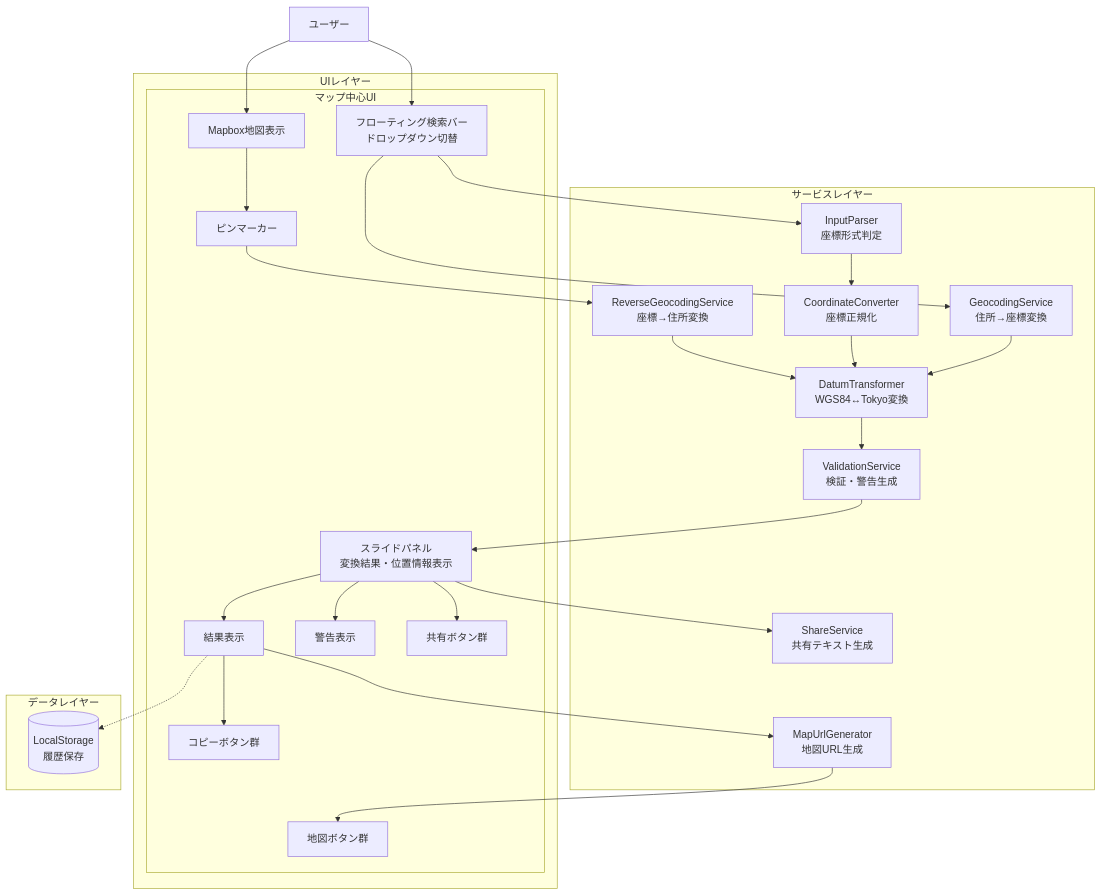
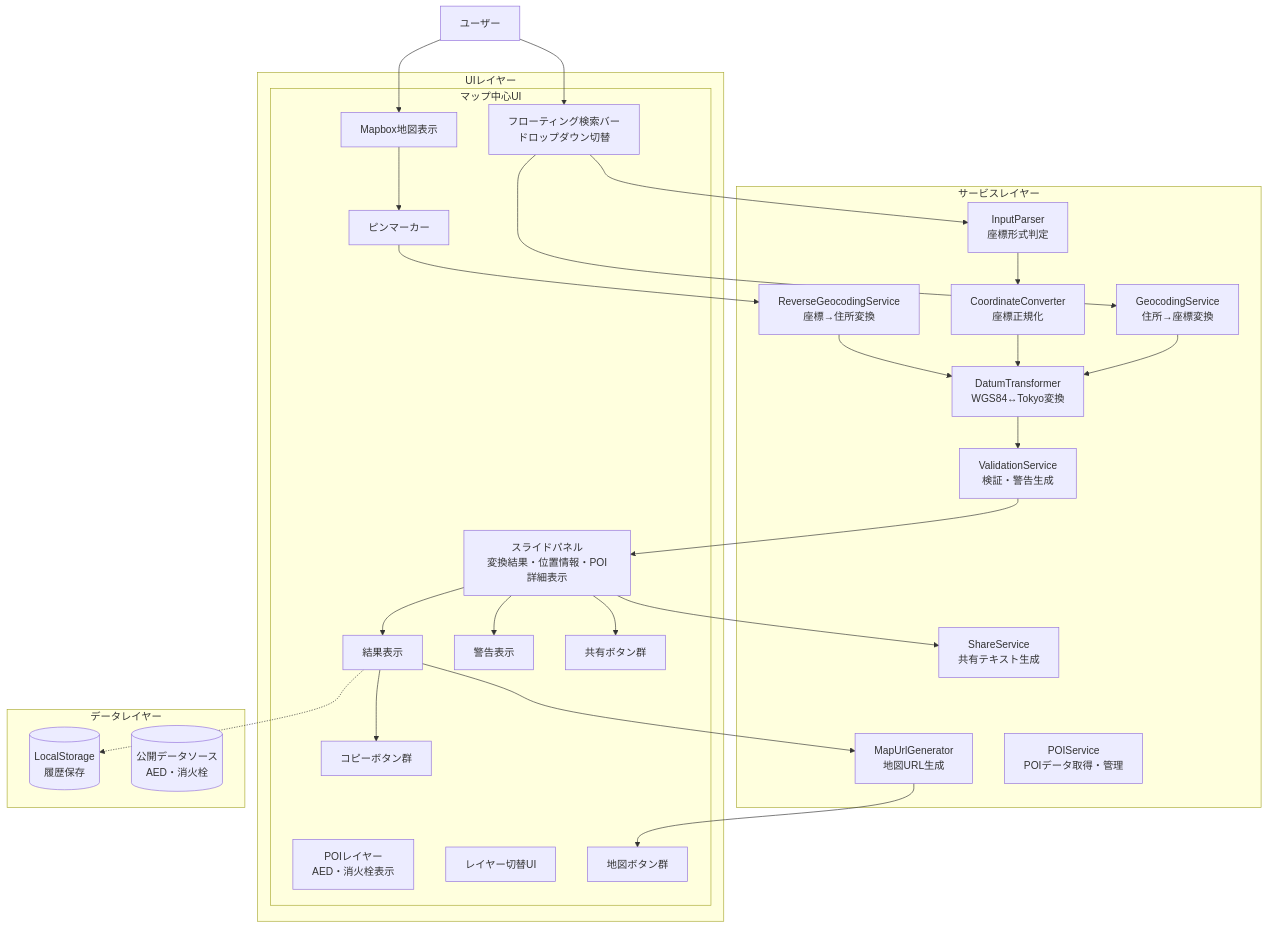
Before and after one commit to oyaakihisa/ichi-link: the second of 10 diagrams in docs/functional-design.md, drawn with Mermaid. The commit also changed other lines of this file and 8 other files, not shown here.

First line of the commit message:
Add AED/fire hydrant layer requirements to PRD and docs

````diff
--- a/docs/functional-design.md
+++ b/docs/functional-design.md
@@ -31,54 +35,58 @@
 ```mermaid
 graph TB
     User[ユーザー]
 
     subgraph UILayer[UIレイヤー]
         subgraph MapCentricUI[マップ中心UI]
             SearchBar[フローティング検索バー<br/>ドロップダウン切替]
             MapView[Mapbox地図表示]
             PinMarker[ピンマーカー]
-            SlidePanel[スライドパネル<br/>変換結果・位置情報表示]
+            POILayer[POIレイヤー<br/>AED・消火栓表示]
+            LayerToggle[レイヤー切替UI]
+            SlidePanel[スライドパネル<br/>変換結果・位置情報・POI詳細表示]
             ResultDisplay[結果表示]
             WarningDisplay[警告表示]
             MapButtons[地図ボタン群]
             CopyButtons[コピーボタン群]
             ShareButtons[共有ボタン群]
         end
     end
 
     subgraph ServiceLayer[サービスレイヤー]
         InputParser[InputParser<br/>座標形式判定]
         GeocodingService[GeocodingService<br/>住所→座標変換]
         ReverseGeocodingService[ReverseGeocodingService<br/>座標→住所変換]
         CoordinateConverter[CoordinateConverter<br/>座標正規化]
         DatumTransformer[DatumTransformer<br/>WGS84↔Tokyo変換]
         ValidationService[ValidationService<br/>検証・警告生成]
         MapUrlGenerator[MapUrlGenerator<br/>地図URL生成]
         ShareService[ShareService<br/>共有テキスト生成]
+        POIService[POIService<br/>POIデータ取得・管理]
     end
 
     subgraph DataLayer[データレイヤー]
         LocalStorage[(LocalStorage<br/>履歴保存)]
+        POIDataSource[(公開データソース<br/>AED・消火栓)]
     end
 
     User --> SearchBar
     User --> MapView
     SearchBar --> GeocodingService
     SearchBar --> InputParser
     GeocodingService --> DatumTransformer
     InputParser --> CoordinateConverter
     CoordinateConverter --> DatumTransformer
     DatumTransformer --> ValidationService
     ValidationService --> SlidePanel
     SlidePanel --> ResultDisplay
     SlidePanel --> WarningDisplay
     ResultDisplay --> MapUrlGenerator
     MapUrlGenerator --> MapButtons
     ResultDisplay --> CopyButtons
     ResultDisplay -.-> LocalStorage
     MapView --> PinMarker
     PinMarker --> ReverseGeocodingService
     ReverseGeocodingService --> DatumTransformer
     SlidePanel --> ShareService
     SlidePanel --> ShareButtons
 ```
````
